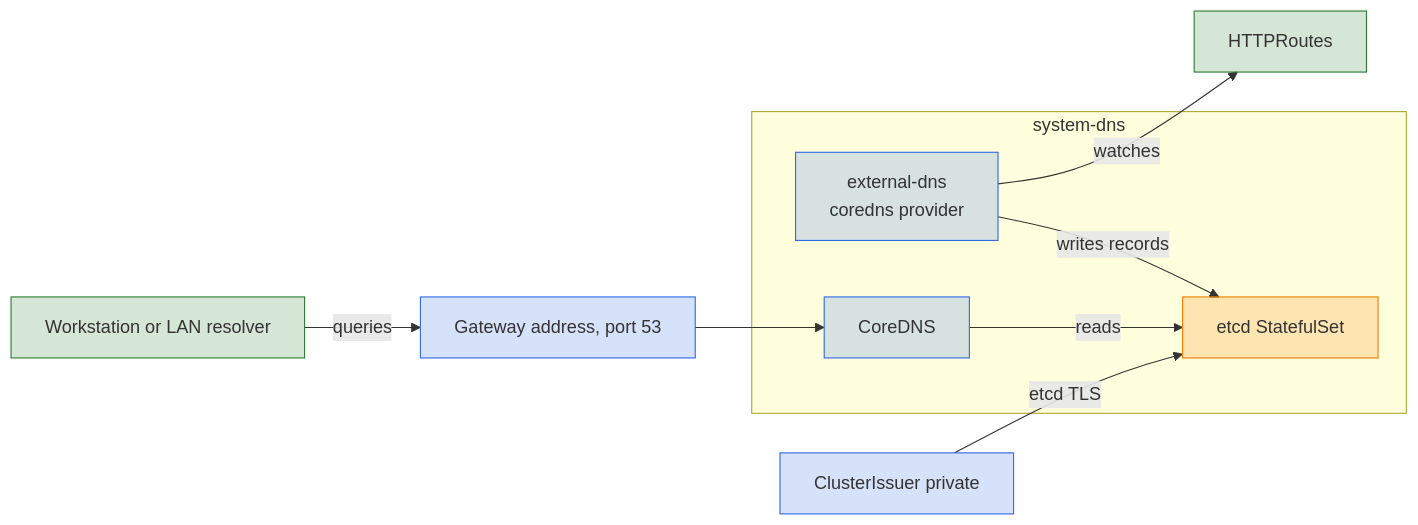
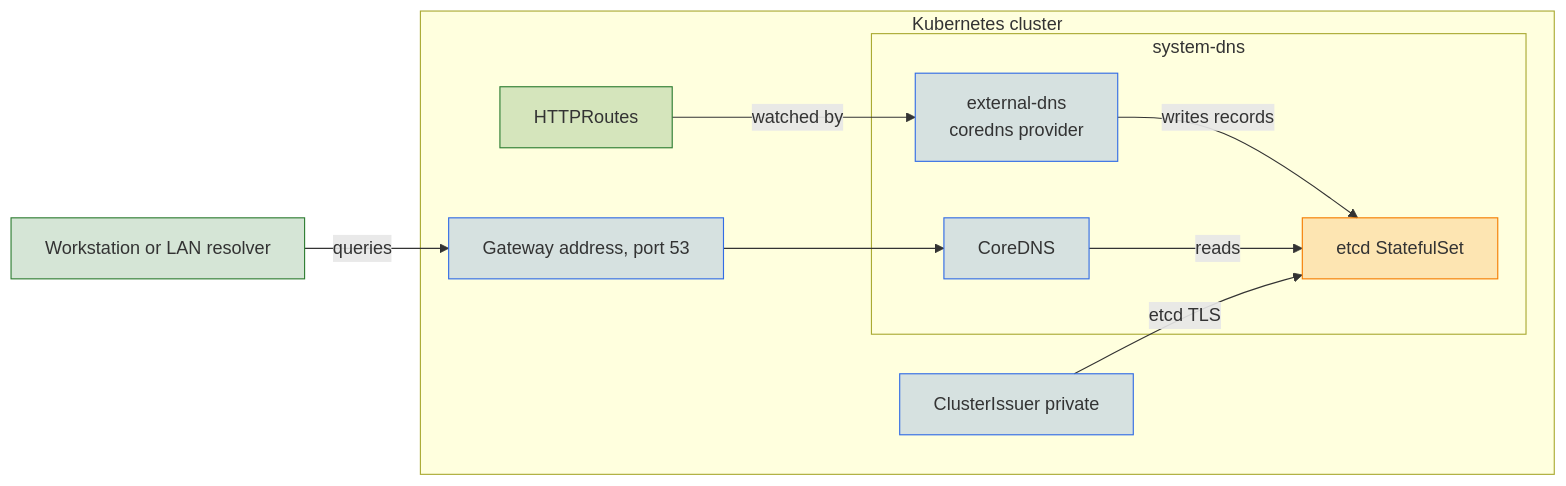
Before and after one commit to windsorcli/core: the diagram in docs/guides/dns/private.md, drawn with Mermaid. The commit also changed other lines of this file and 35 other files, not shown here.

````diff
--- a/docs/guides/dns/private.md
+++ b/docs/guides/dns/private.md
@@ -32,27 +59,29 @@
 ```mermaid
 flowchart LR
-  routes[HTTPRoutes]
   resolver[Workstation or LAN resolver]
 
-  subgraph systemdns[system-dns]
-    edns[external-dns<br/>coredns provider]
-    coredns[CoreDNS]
-    etcd[etcd StatefulSet]
+  subgraph cluster[Kubernetes cluster]
+    routes[HTTPRoutes]
+    issuer[ClusterIssuer private]
+    gw[Gateway address, port 53]
+
+    subgraph systemdns[system-dns]
+      edns[external-dns<br/>coredns provider]
+      coredns[CoreDNS]
+      etcd[etcd StatefulSet]
+    end
   end
 
-  issuer[ClusterIssuer private]
-  gw[Gateway address, port 53]
-
-  edns -->|watches| routes
+  routes -->|watched by| edns
   edns -->|writes records| etcd
   coredns -->|reads| etcd
   issuer -->|etcd TLS| etcd
   resolver -->|queries| gw
   gw --> coredns
   classDef app fill:#2E7D3233,stroke:#2E7D32
   classDef store fill:#F57C0033,stroke:#F57C00
   classDef k8s fill:#326CE533,stroke:#326CE5
   class routes,resolver app
   class etcd store
   class edns,coredns,issuer,gw k8s
 ```
````
